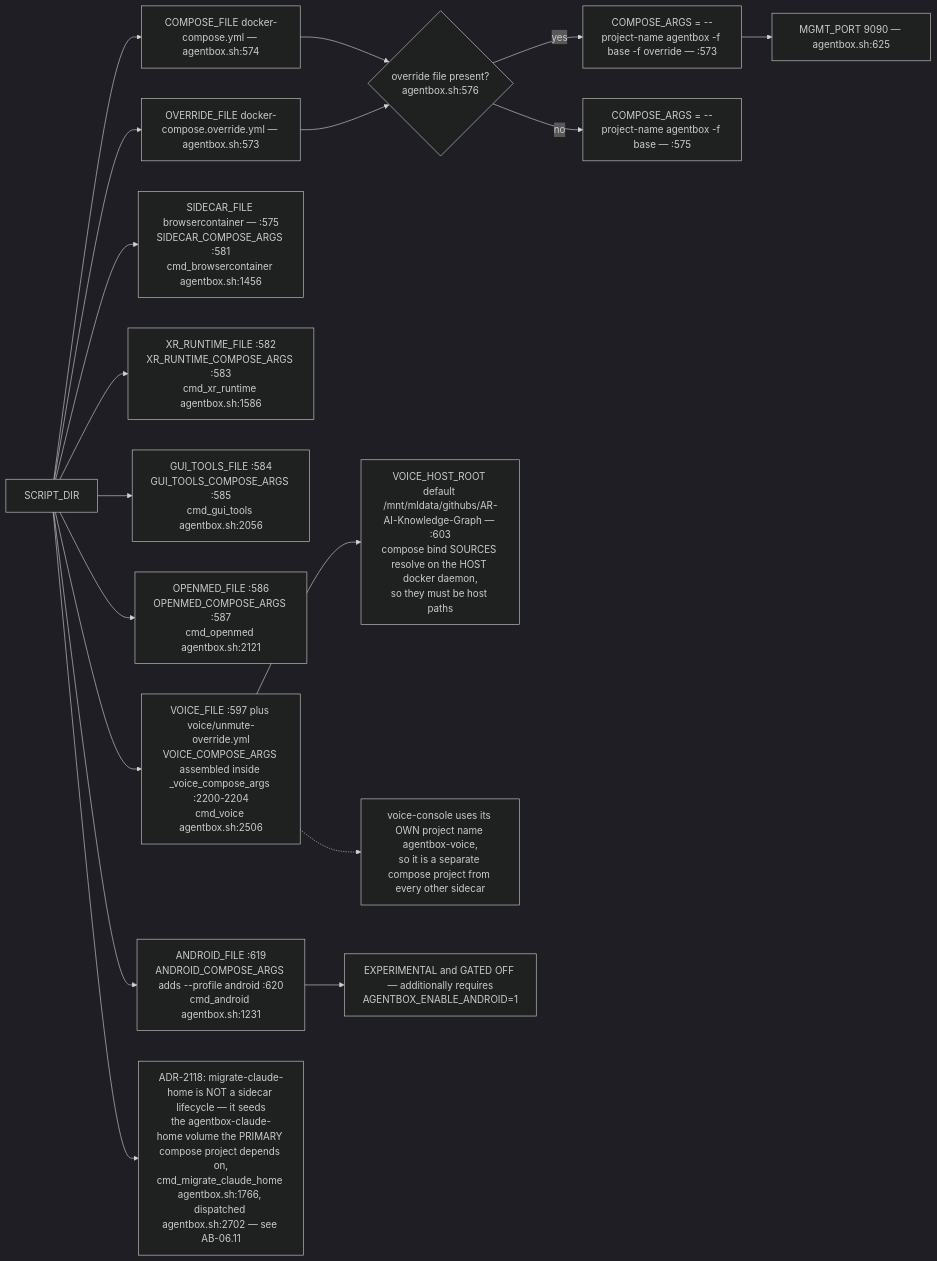
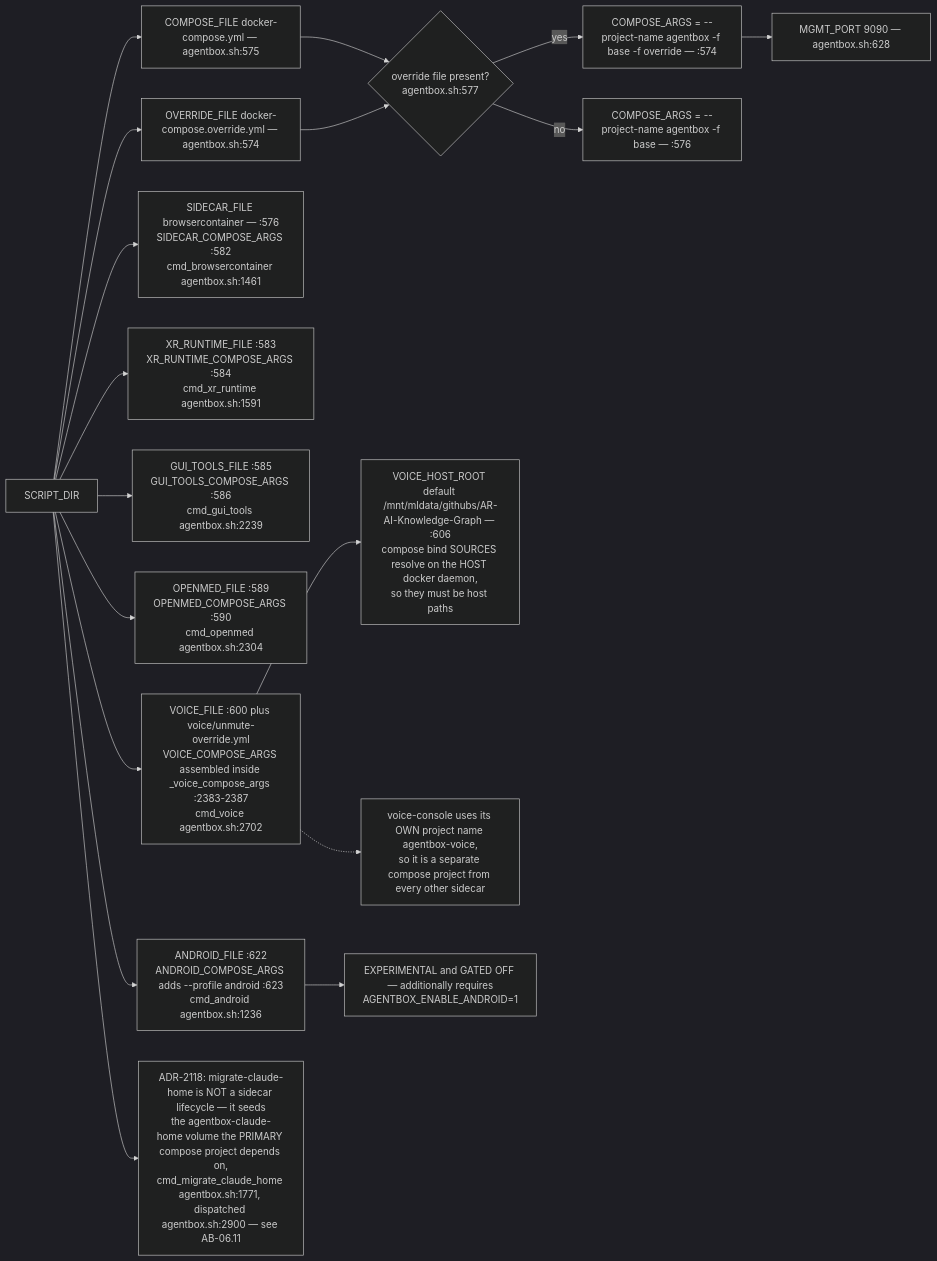
The sixth of 14 diagrams in docs/diagrams/agentbox/06-sidecars-and-compose-overlays.md (DreamLab-AI/VisionFlow), drawn with Mermaid (dark theme) before and after one commit. The commit also changed other lines of this file and 160 other files, not shown here.

````diff
--- a/docs/diagrams/agentbox/06-sidecars-and-compose-overlays.md
+++ b/docs/diagrams/agentbox/06-sidecars-and-compose-overlays.md
@@ -197,20 +206,20 @@
 ```mermaid
 flowchart LR
-    SD["SCRIPT_DIR"] --> A1["COMPOSE_FILE docker-compose.yml — agentbox.sh:574"]
-    SD --> A2["OVERRIDE_FILE docker-compose.override.yml — agentbox.sh:573"]
-    A1 --> CA{"override file present?<br/>agentbox.sh:576"}
+    SD["SCRIPT_DIR"] --> A1["COMPOSE_FILE docker-compose.yml — agentbox.sh:575"]
+    SD --> A2["OVERRIDE_FILE docker-compose.override.yml — agentbox.sh:574"]
+    A1 --> CA{"override file present?<br/>agentbox.sh:577"}
     A2 --> CA
-    CA -->|yes| CA1["COMPOSE_ARGS = --project-name agentbox -f base -f override — :573"]
-    CA -->|no| CA2["COMPOSE_ARGS = --project-name agentbox -f base — :575"]
-    SD --> S1["SIDECAR_FILE browsercontainer — :575<br/>SIDECAR_COMPOSE_ARGS :581<br/>cmd_browsercontainer agentbox.sh:1456"]
-    SD --> S2["XR_RUNTIME_FILE :582<br/>XR_RUNTIME_COMPOSE_ARGS :583<br/>cmd_xr_runtime agentbox.sh:1586"]
-    SD --> S3["GUI_TOOLS_FILE :584<br/>GUI_TOOLS_COMPOSE_ARGS :585<br/>cmd_gui_tools agentbox.sh:2056"]
-    SD --> S4["OPENMED_FILE :586<br/>OPENMED_COMPOSE_ARGS :587<br/>cmd_openmed agentbox.sh:2121"]
-    SD --> S5["VOICE_FILE :597 plus voice/unmute-override.yml<br/>VOICE_COMPOSE_ARGS assembled inside _voice_compose_args :2200-2204<br/>cmd_voice agentbox.sh:2506"]
-    SD --> S6["ANDROID_FILE :619<br/>ANDROID_COMPOSE_ARGS adds --profile android :620<br/>cmd_android agentbox.sh:1231"]
-    S5 --> VH["VOICE_HOST_ROOT default /mnt/mldata/githubs/AR-AI-Knowledge-Graph — :603<br/>compose bind SOURCES resolve on the HOST docker daemon,<br/>so they must be host paths"]
+    CA -->|yes| CA1["COMPOSE_ARGS = --project-name agentbox -f base -f override — :574"]
+    CA -->|no| CA2["COMPOSE_ARGS = --project-name agentbox -f base — :576"]
+    SD --> S1["SIDECAR_FILE browsercontainer — :576<br/>SIDECAR_COMPOSE_ARGS :582<br/>cmd_browsercontainer agentbox.sh:1461"]
+    SD --> S2["XR_RUNTIME_FILE :583<br/>XR_RUNTIME_COMPOSE_ARGS :584<br/>cmd_xr_runtime agentbox.sh:1591"]
+    SD --> S3["GUI_TOOLS_FILE :585<br/>GUI_TOOLS_COMPOSE_ARGS :586<br/>cmd_gui_tools agentbox.sh:2239"]
+    SD --> S4["OPENMED_FILE :589<br/>OPENMED_COMPOSE_ARGS :590<br/>cmd_openmed agentbox.sh:2304"]
+    SD --> S5["VOICE_FILE :600 plus voice/unmute-override.yml<br/>VOICE_COMPOSE_ARGS assembled inside _voice_compose_args :2383-2387<br/>cmd_voice agentbox.sh:2702"]
+    SD --> S6["ANDROID_FILE :622<br/>ANDROID_COMPOSE_ARGS adds --profile android :623<br/>cmd_android agentbox.sh:1236"]
+    S5 --> VH["VOICE_HOST_ROOT default /mnt/mldata/githubs/AR-AI-Knowledge-Graph — :606<br/>compose bind SOURCES resolve on the HOST docker daemon,<br/>so they must be host paths"]
     S6 --> AG["EXPERIMENTAL and GATED OFF — additionally requires<br/>AGENTBOX_ENABLE_ANDROID=1"]
-    CA1 --> MGMT["MGMT_PORT 9090 — agentbox.sh:625"]
+    CA1 --> MGMT["MGMT_PORT 9090 — agentbox.sh:628"]
     S5 -.-> VNOTE["voice-console uses its OWN project name agentbox-voice,<br/>so it is a separate compose project from every other sidecar"]
-    SD --> S7["ADR-2118: migrate-claude-home is NOT a sidecar lifecycle — it seeds<br/>the agentbox-claude-home volume the PRIMARY compose project depends on,<br/>cmd_migrate_claude_home agentbox.sh:1766, dispatched agentbox.sh:2702 — see AB-06.11"]
+    SD --> S7["ADR-2118: migrate-claude-home is NOT a sidecar lifecycle — it seeds<br/>the agentbox-claude-home volume the PRIMARY compose project depends on,<br/>cmd_migrate_claude_home agentbox.sh:1771, dispatched agentbox.sh:2900 — see AB-06.11"]
 ```
````
